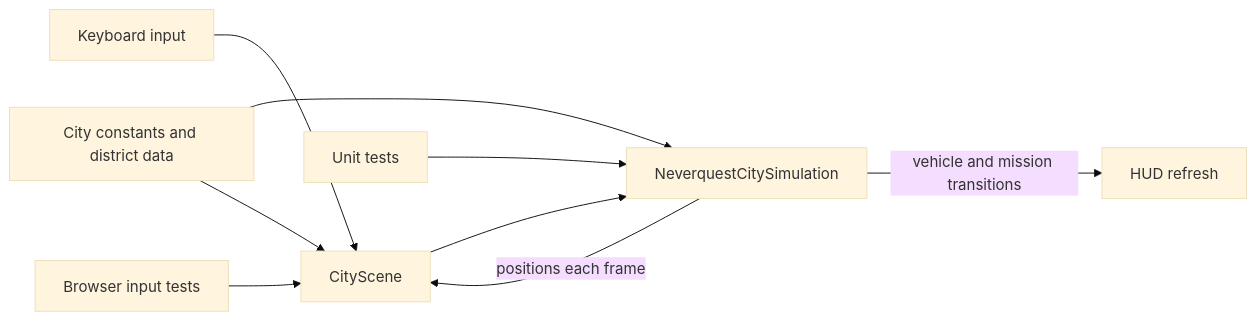
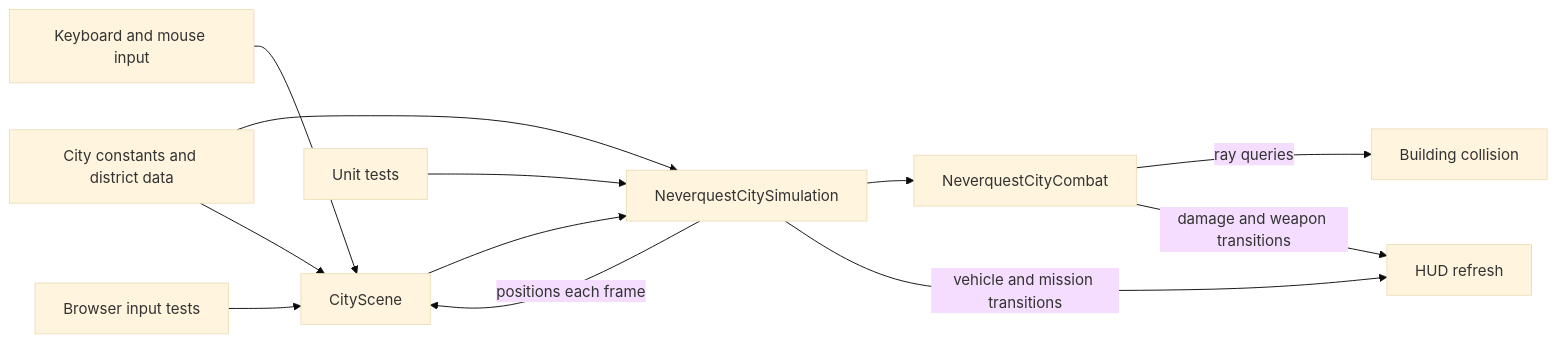
One commit to gwicho38/neverquest changed the second of 2 diagrams in docs/design/open-world-city.md. Above: the diagram before and after it, drawn with Mermaid (base theme). The commit also changed other lines of this file and 12 other files, not shown here.

Commit message:
feat: add city pistol combat and lookout encounter (fixes #86) (#87)

````diff
--- a/docs/design/open-world-city.md
+++ b/docs/design/open-world-city.md
@@ -47,11 +53,14 @@
 ```mermaid
 flowchart LR
-    Input[Keyboard input] --> Scene[CityScene]
+    Input[Keyboard and mouse input] --> Scene[CityScene]
     Scene --> Sim[NeverquestCitySimulation]
     Data[City constants and district data] --> Sim
     Data --> Scene
+    Sim --> Combat[NeverquestCityCombat]
+    Combat -->|ray queries| Collision[Building collision]
+    Combat -->|damage and weapon transitions| HUD
     Sim -->|positions each frame| Scene
     Sim -->|vehicle and mission transitions| HUD[HUD refresh]
     Unit[Unit tests] --> Sim
     Browser[Browser input tests] --> Scene
 ```
````
